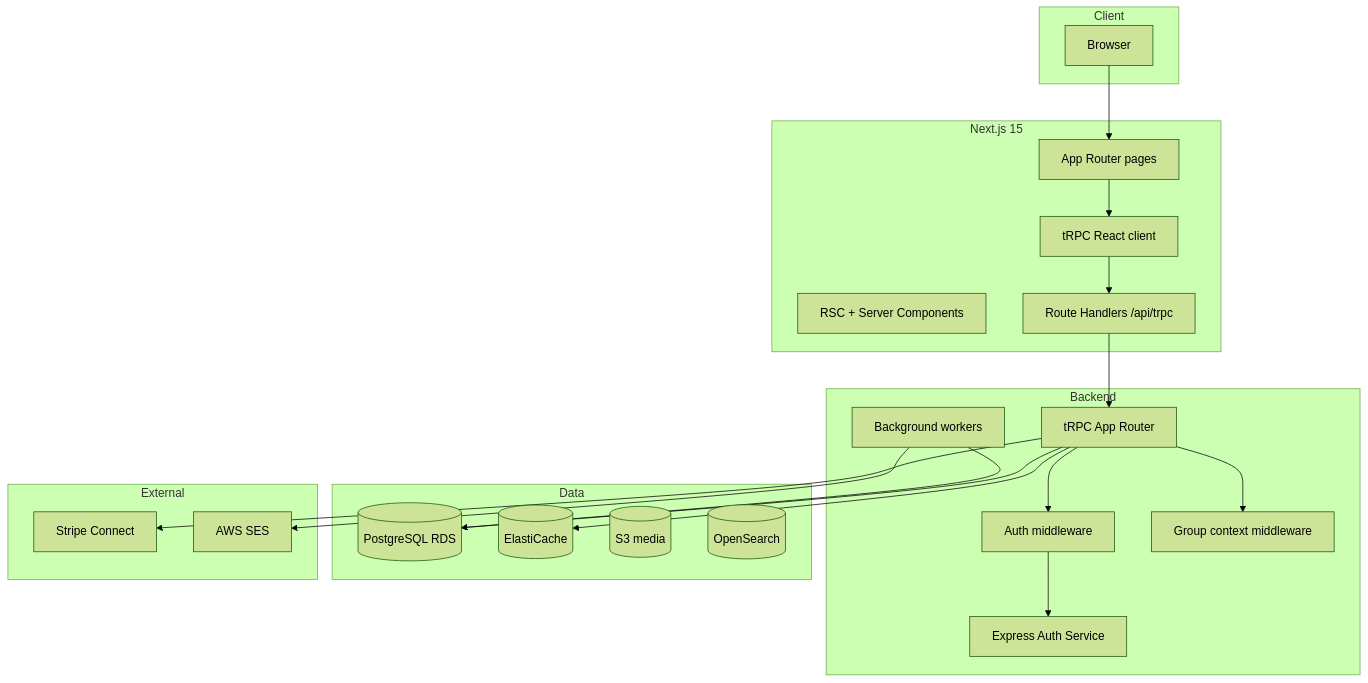
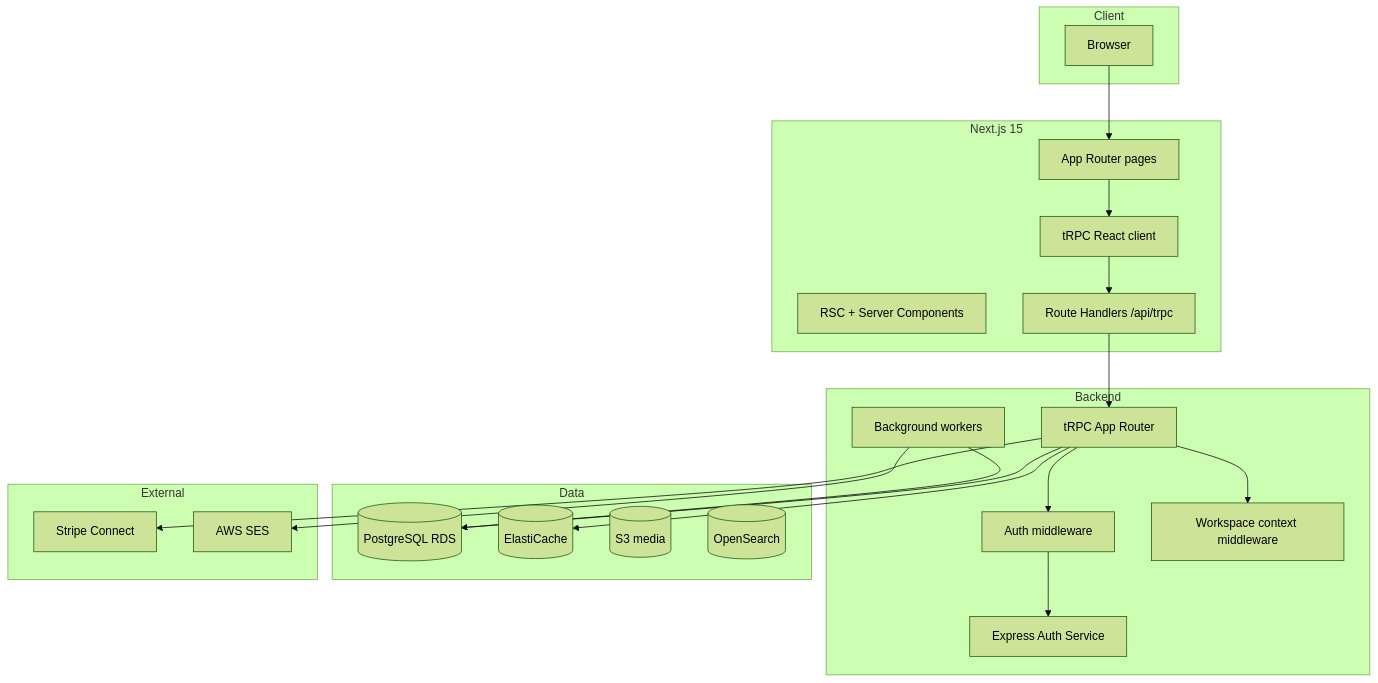
The first of 2 diagrams in docs/SKOOL_CLONE_PLAN.md (gaidaichuk27/multi-tenant-ecommerce-next), drawn with Mermaid (forest theme) before and after one commit. The commit also changed other lines of this file and 92 other files, not shown here.

First line of the commit message:
feat(common): add phase 0 auth bridge, groups schema, and platform shell

````diff
--- a/docs/SKOOL_CLONE_PLAN.md
+++ b/docs/SKOOL_CLONE_PLAN.md
@@ -25,46 +27,46 @@
 ```mermaid
 flowchart TB
     subgraph client [Client]
         Browser[Browser]
     end
 
     subgraph next [Next.js 15]
         Pages[App Router pages]
         RSC[RSC + Server Components]
         TRPCClient[tRPC React client]
         RouteHandlers[Route Handlers /api/trpc]
     end
 
     subgraph backend [Backend]
         TRPCRouter[tRPC App Router]
         AuthMW[Auth middleware]
-        TenantMW[Group context middleware]
+        TenantMW[Workspace context middleware]
         ExpressAuth[Express Auth Service]
         Workers[Background workers]
     end
 
     subgraph data [Data]
         PG[(PostgreSQL RDS)]
         Redis[(ElastiCache)]
         S3[(S3 media)]
         OS[(OpenSearch)]
     end
 
     subgraph external [External]
         Stripe[Stripe Connect]
         SES[AWS SES]
     end
 
     Browser --> Pages
     Pages --> TRPCClient
     TRPCClient --> RouteHandlers
     RouteHandlers --> TRPCRouter
     TRPCRouter --> AuthMW
     TRPCRouter --> TenantMW
     AuthMW --> ExpressAuth
     TRPCRouter --> PG
     TRPCRouter --> Redis
     Workers --> PG
     Workers --> SES
     TRPCRouter --> Stripe
 ```
````
